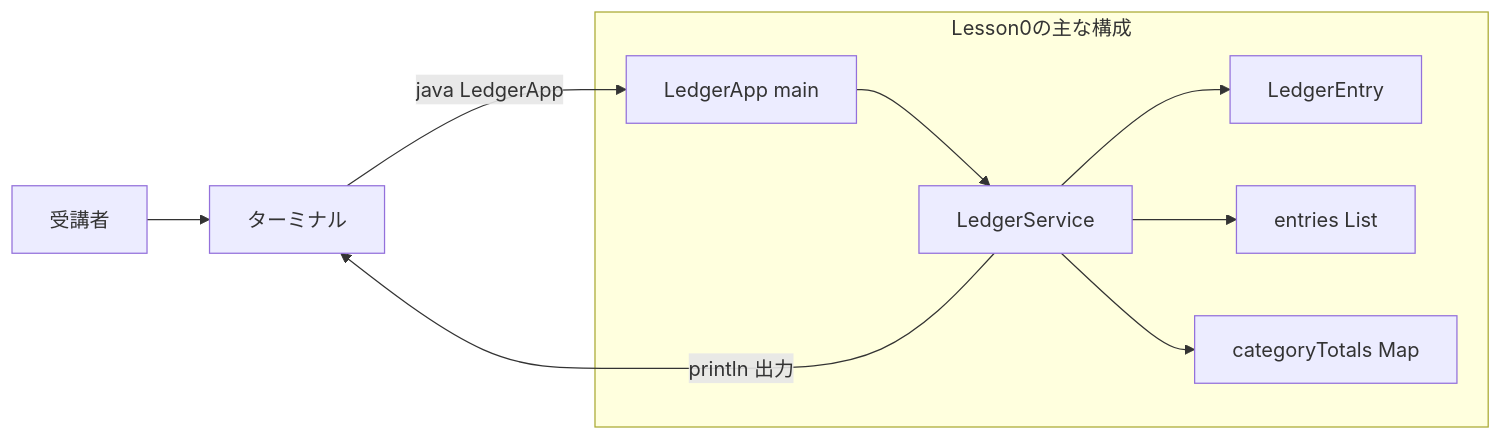
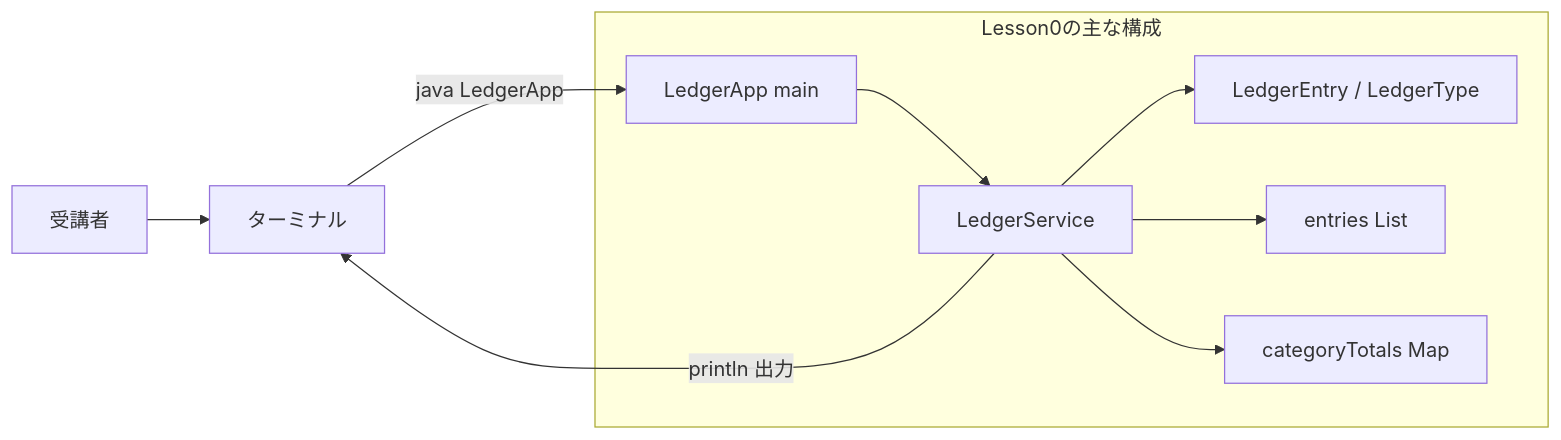
The first of 3 diagrams in docs/curriculum/springboot/lesson00/lesson0.md (kiyomiya38/order-management-springboot), drawn with Mermaid before and after one commit. The commit also changed other lines of this file and 118 other files, not shown here.

````diff
--- a/docs/curriculum/springboot/lesson00/lesson0.md
+++ b/docs/curriculum/springboot/lesson00/lesson0.md
@@ -20,19 +65,19 @@
 ```mermaid
 flowchart LR
   U[受講者] --> T[ターミナル]
 
   subgraph APP[Lesson0の主な構成]
     MAIN[LedgerApp main]
     SERVICE[LedgerService]
-    ENTRY[LedgerEntry]
+    ENTRY[LedgerEntry / LedgerType]
     LIST[entries List]
     MAP[categoryTotals Map]
   end
 
   T -->|java LedgerApp| MAIN
   MAIN --> SERVICE
   SERVICE --> ENTRY
   SERVICE --> LIST
   SERVICE --> MAP
   SERVICE -->|println 出力| T
 ```
````
